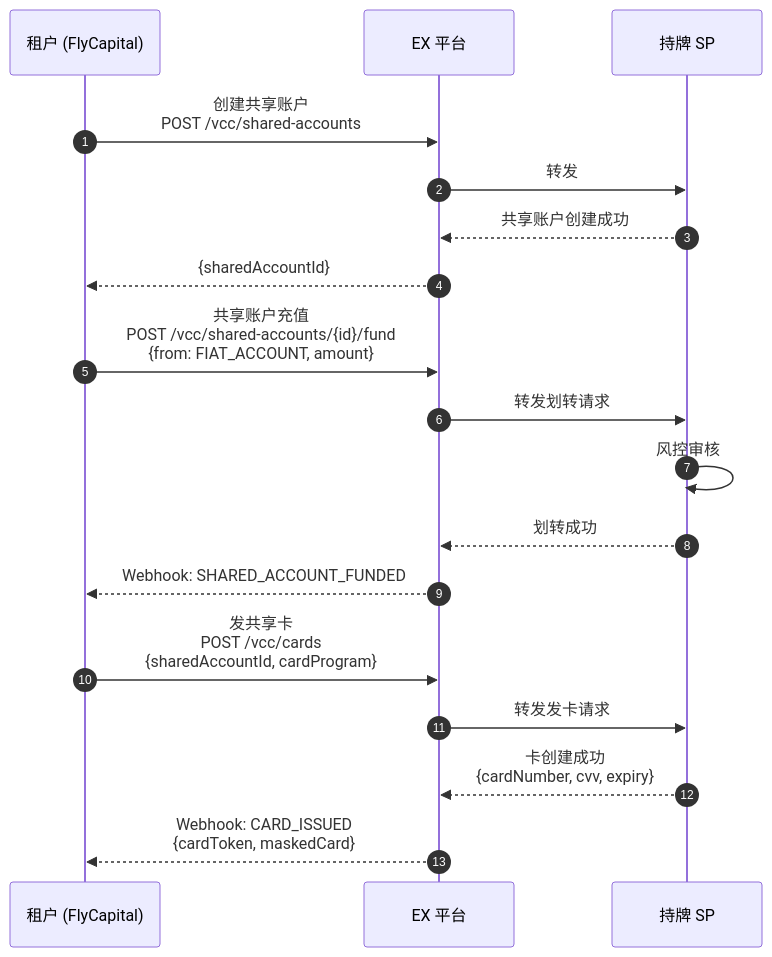
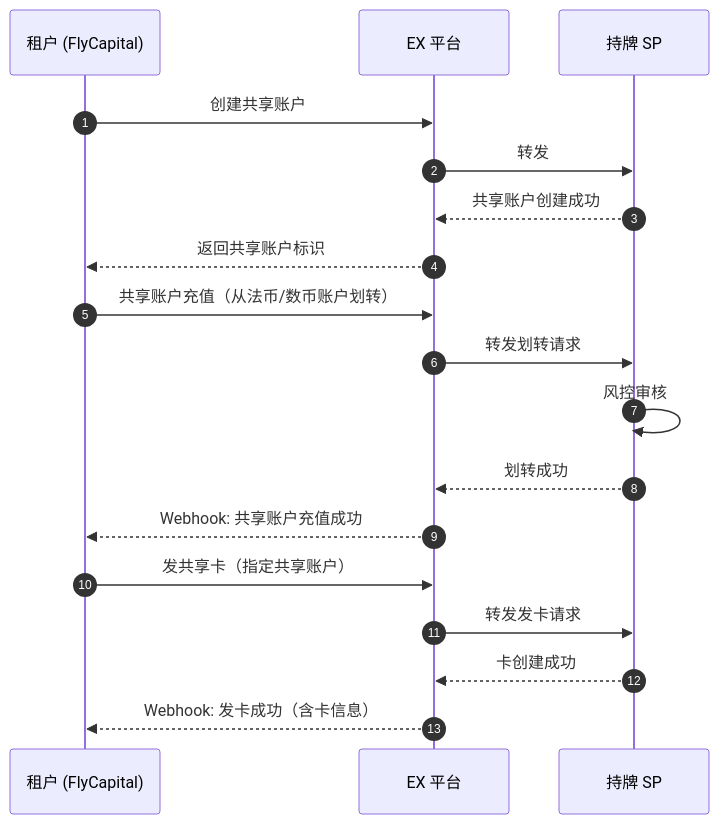
The fifth of 9 diagrams in Solutions/solutions/API-SOLUTION/ex-API-vcc-solution.md (xiaoxiaoangie/EX-NEW), drawn with Mermaid before and after one commit. The commit also changed other lines of this file and 18 other files, not shown here.

````diff
--- a/Solutions/solutions/API-SOLUTION/ex-API-vcc-solution.md
+++ b/Solutions/solutions/API-SOLUTION/ex-API-vcc-solution.md
@@ -255,23 +266,23 @@
 ```mermaid
 sequenceDiagram
     autonumber
     participant T as 租户 (FlyCapital)
     participant EX as EX 平台
     participant SP as 持牌 SP
 
-    T->>EX: 创建共享账户<br/>POST /vcc/shared-accounts
+    T->>EX: 创建共享账户
     EX->>SP: 转发
     SP-->>EX: 共享账户创建成功
-    EX-->>T: {sharedAccountId}
+    EX-->>T: 返回共享账户标识
 
-    T->>EX: 共享账户充值<br/>POST /vcc/shared-accounts/{id}/fund<br/>{from: FIAT_ACCOUNT, amount}
+    T->>EX: 共享账户充值（从法币/数币账户划转）
     EX->>SP: 转发划转请求
     SP->>SP: 风控审核
     SP-->>EX: 划转成功
-    EX-->>T: Webhook: SHARED_ACCOUNT_FUNDED
+    EX-->>T: Webhook: 共享账户充值成功
 
-    T->>EX: 发共享卡<br/>POST /vcc/cards<br/>{sharedAccountId, cardProgram}
+    T->>EX: 发共享卡（指定共享账户）
     EX->>SP: 转发发卡请求
-    SP-->>EX: 卡创建成功<br/>{cardNumber, cvv, expiry}
-    EX-->>T: Webhook: CARD_ISSUED<br/>{cardToken, maskedCard}
+    SP-->>EX: 卡创建成功
+    EX-->>T: Webhook: 发卡成功（含卡信息）
 ```
````
